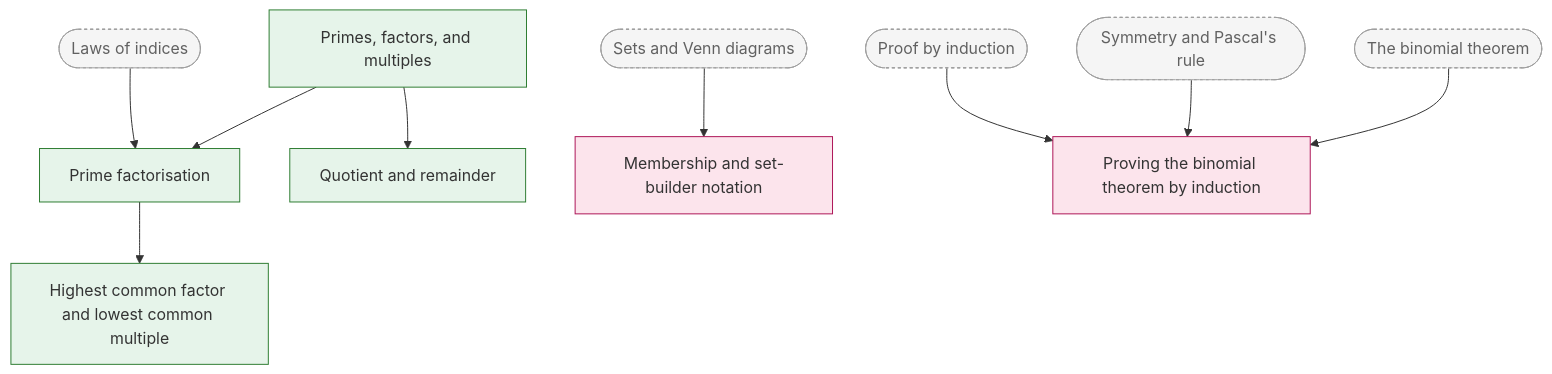
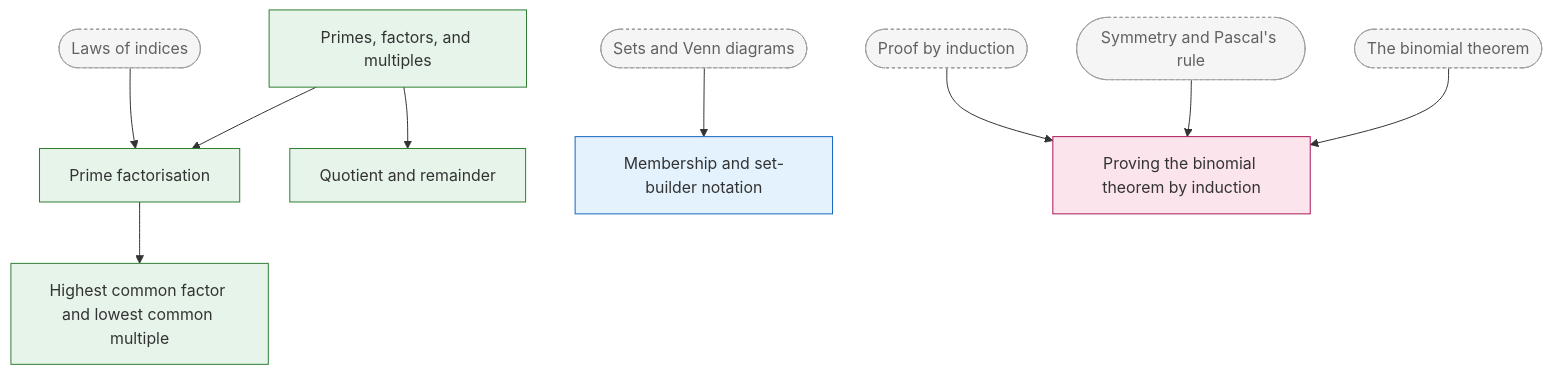
The fifth of 5 diagrams in graph/reviews/cst-discrete-maths-slice.md (clz4096/learnhub), drawn with Mermaid before and after one commit. The commit also changed other lines of this file and 80 other files, not shown here.

````diff
--- a/graph/reviews/cst-discrete-maths-slice.md
+++ b/graph/reviews/cst-discrete-maths-slice.md
@@ -344,27 +344,27 @@
 ```mermaid
 graph TD
   pre_primes_and_factors["Primes, factors, and multiples"]:::prealevel
   pre_prime_factorisation["Prime factorisation"]:::prealevel
   pre_hcf_lcm["Highest common factor and lowest common multiple"]:::prealevel
   pre_remainders["Quotient and remainder"]:::prealevel
-  sets_comprehension["Membership and set-builder notation"]:::triposia
+  sets_comprehension["Membership and set-builder notation"]:::alevel
   comb_binomial_theorem_proof["Proving the binomial theorem by induction"]:::triposia
   pre_indices(["Laws of indices"]):::ext
   pre_set_notation(["Sets and Venn diagrams"]):::ext
   comb_binomial_theorem(["The binomial theorem"]):::ext
   comb_binomial_identities(["Symmetry and Pascal's rule"]):::ext
   alg_proof_by_induction(["Proof by induction"]):::ext
   pre_primes_and_factors --> pre_prime_factorisation
   pre_indices --> pre_prime_factorisation
   pre_prime_factorisation --> pre_hcf_lcm
   pre_primes_and_factors --> pre_remainders
   pre_set_notation --> sets_comprehension
   comb_binomial_theorem --> comb_binomial_theorem_proof
   comb_binomial_identities --> comb_binomial_theorem_proof
   alg_proof_by_induction --> comb_binomial_theorem_proof
   classDef prealevel fill:#e6f4ea,stroke:#2e7d32
   classDef alevel fill:#e3f2fd,stroke:#1565c0
   classDef step fill:#fff8e1,stroke:#f9a825
   classDef triposia fill:#fce4ec,stroke:#ad1457
   classDef ext fill:#f5f5f5,stroke:#9e9e9e,stroke-dasharray:3 3,color:#616161
 ```
````
